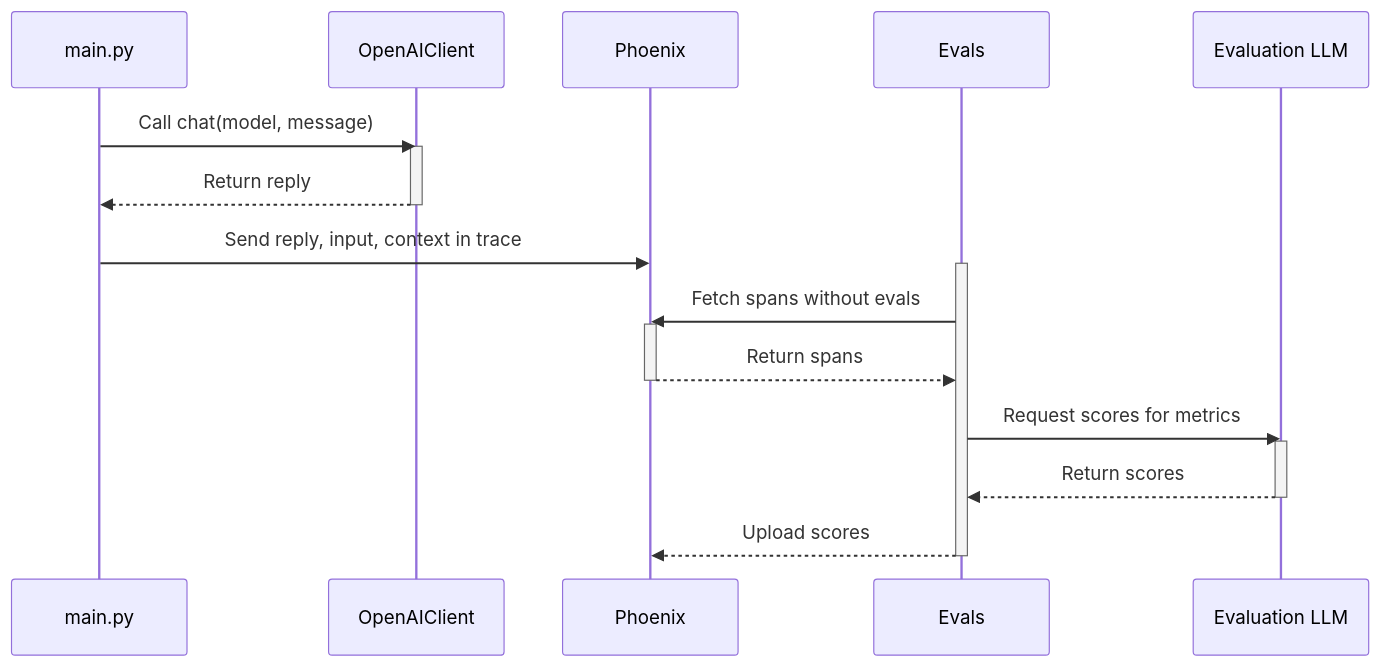
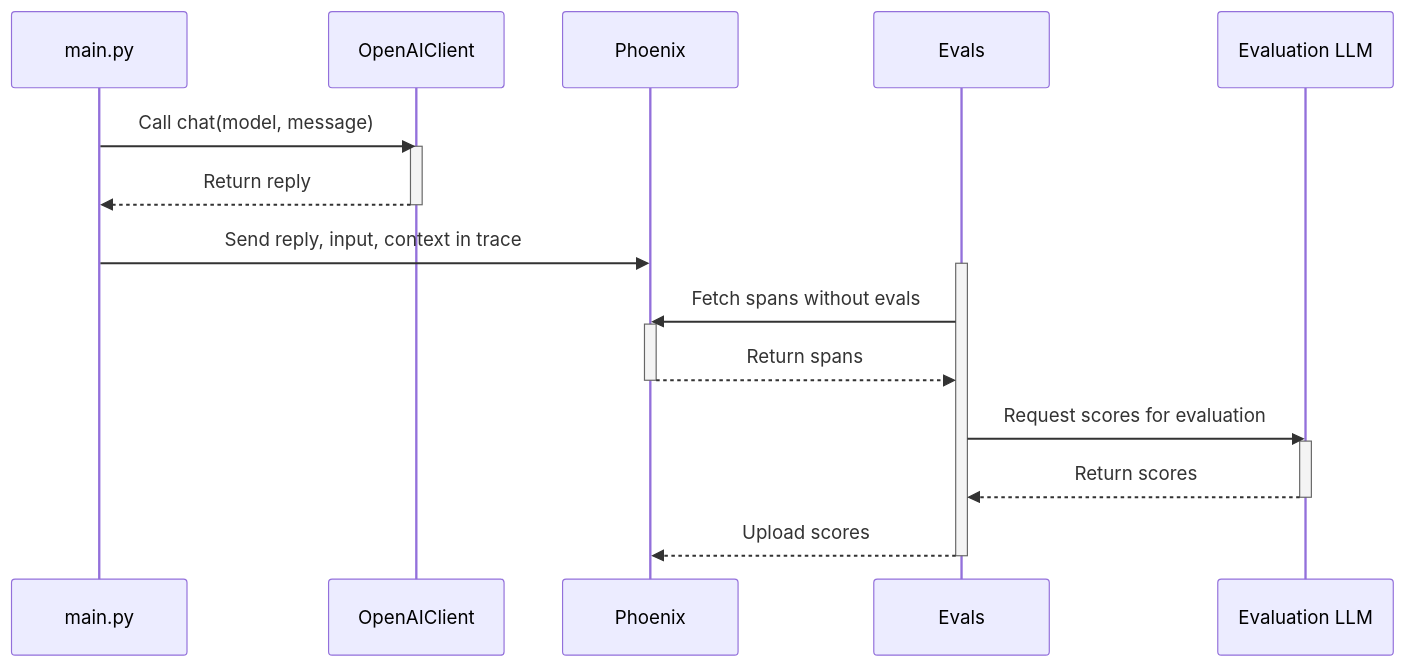
Before and after one commit to elastic/testing-genai-applications: the diagram in 08-online-eval/README.md, drawn with Mermaid. The commit also changed 1 other file, not shown here.

Commit message:
Platforms

````diff
--- a/08-online-eval/README.md
+++ b/08-online-eval/README.md
@@ -8,25 +8,25 @@
 ```mermaid
 sequenceDiagram
     participant App as main.py
     participant Client as OpenAIClient
     participant Phoenix
     participant Evals
     participant LLM as Evaluation LLM
 
     App ->> Client: Call chat(model, message)
     activate Client
     Client -->> App: Return reply
     deactivate Client
     App ->> Phoenix: Send reply, input, context in trace
     activate Evals
     Evals ->> Phoenix: Fetch spans without evals
     activate Phoenix
     Phoenix -->> Evals: Return spans
     deactivate Phoenix
-    Evals ->> LLM: Request scores for metrics
+    Evals ->> LLM: Request scores for evaluation
     activate LLM
     LLM -->> Evals: Return scores
     deactivate LLM
     Evals -->> Phoenix: Upload scores
     deactivate Evals
 ```
````
